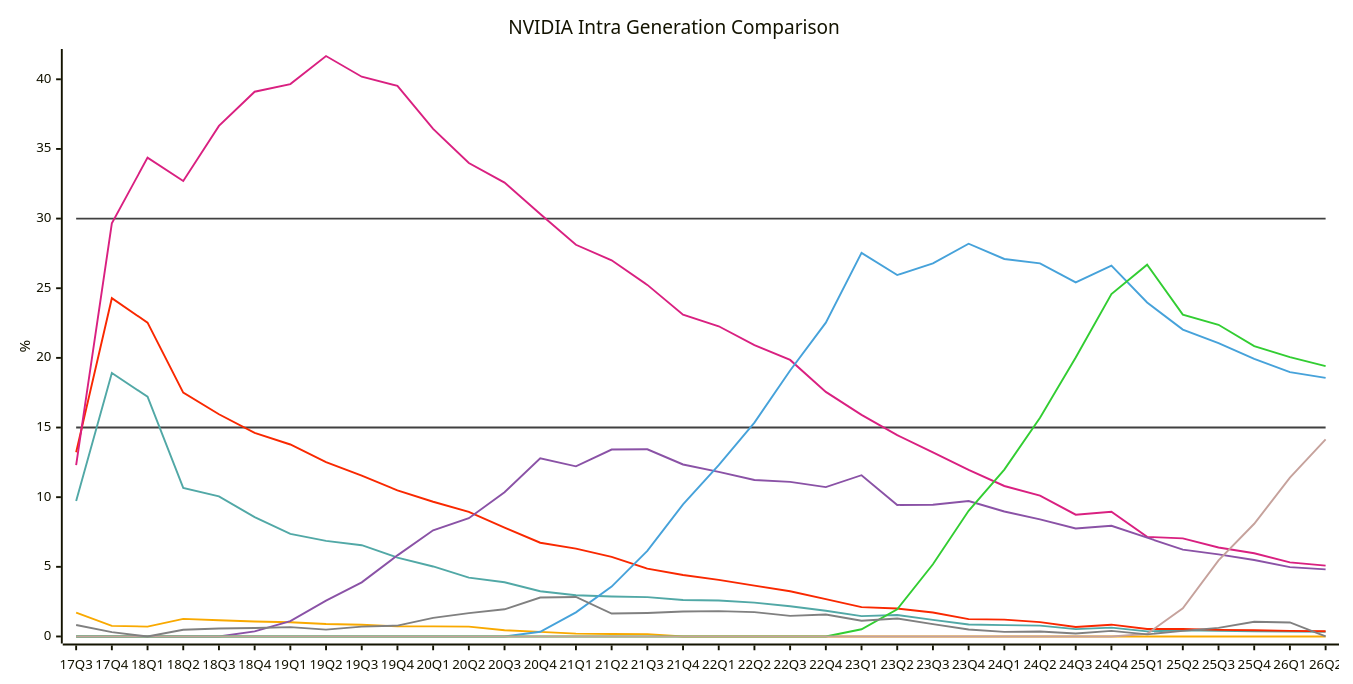
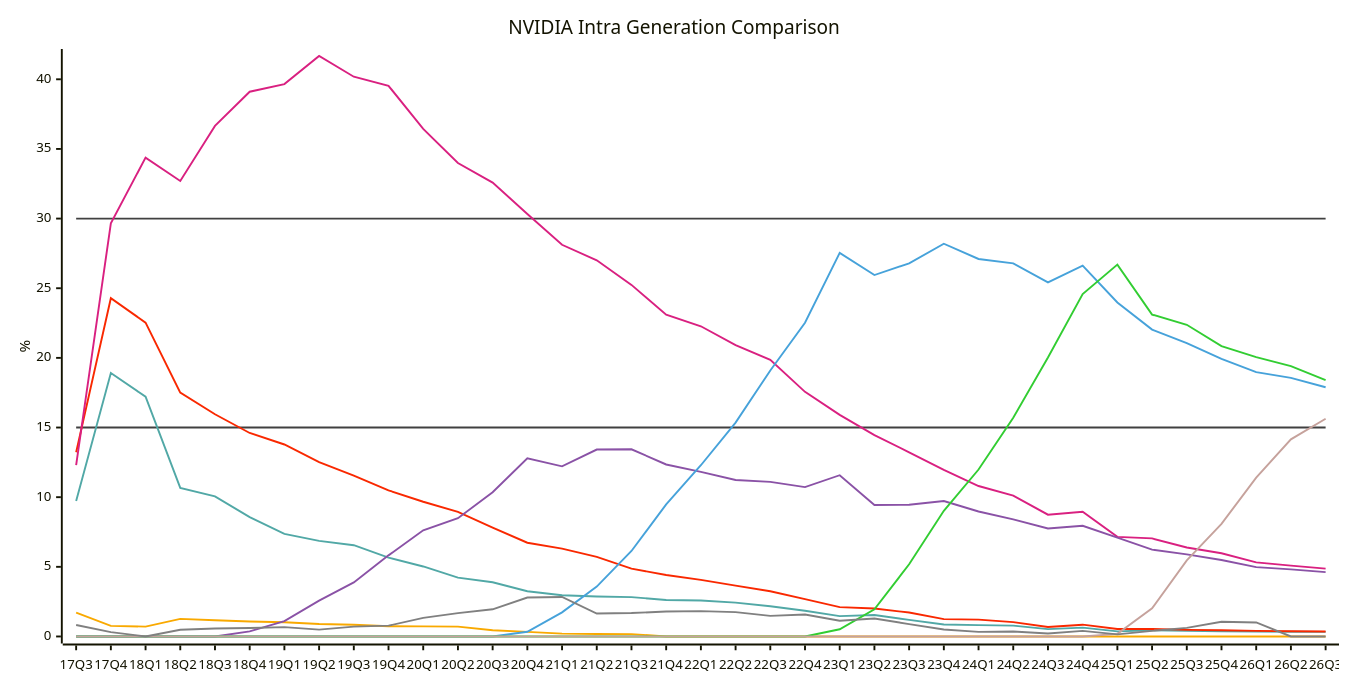
Before and after one commit to jdegene/steamHWsurvey: the second of 31 diagrams in README.md, drawn with Mermaid. The commit also changed other lines of this file and 2 other files, not shown here.

````diff
--- a/README.md
+++ b/README.md
@@ -116,29 +116,29 @@
 ```mermaid
 ---
 config:
     xyChart:
         width: 1400
         height: 700
         
     themeVariables:
         xyChart:
             plotColorPalette: "#404040,#404040,#51a8a6,#f9a900,#f92800,#d92080,#8a52a6,#46a2da,#32CD32,#c6a29c,#808080"
 
 --- 
 
 xychart-beta
     title "NVIDIA Intra Generation Comparison"
-    x-axis [17Q3, 17Q4, 18Q1, 18Q2, 18Q3, 18Q4, 19Q1, 19Q2, 19Q3, 19Q4, 20Q1, 20Q2, 20Q3, 20Q4, 21Q1, 21Q2, 21Q3, 21Q4, 22Q1, 22Q2, 22Q3, 22Q4, 23Q1, 23Q2, 23Q3, 23Q4, 24Q1, 24Q2, 24Q3, 24Q4, 25Q1, 25Q2, 25Q3, 25Q4, 26Q1, 26Q2]
+    x-axis [17Q3, 17Q4, 18Q1, 18Q2, 18Q3, 18Q4, 19Q1, 19Q2, 19Q3, 19Q4, 20Q1, 20Q2, 20Q3, 20Q4, 21Q1, 21Q2, 21Q3, 21Q4, 22Q1, 22Q2, 22Q3, 22Q4, 23Q1, 23Q2, 23Q3, 23Q4, 24Q1, 24Q2, 24Q3, 24Q4, 25Q1, 25Q2, 25Q3, 25Q4, 26Q1, 26Q2, 26Q3]
     y-axis "%" 
- line [15, 15, 15, 15, 15, 15, 15, 15, 15, 15, 15, 15, 15, 15, 15, 15, 15, 15, 15, 15, 15, 15, 15, 15, 15, 15, 15, 15, 15, 15, 15, 15, 15, 15, 15, 15]
- line [30, 30, 30, 30, 30, 30, 30, 30, 30, 30, 30, 30, 30, 30, 30, 30, 30, 30, 30, 30, 30, 30, 30, 30, 30, 30, 30, 30, 30, 30, 30, 30, 30, 30, 30, 30]
-    line [9.725, 18.91, 17.213333333333335, 10.666666666666668, 10.056666666666668, 8.57, 7.359999999999999, 6.866666666666667, 6.553333333333333, 5.663333333333333, 5.026666666666666, 4.22, 3.8899999999999997, 3.2466666666666666, 2.9633333333333334, 2.8666666666666663, 2.8233333333333333, 2.62, 2.5866666666666664, 2.4266666666666667, 2.17, 1.8433333333333333, 1.4633333333333332, 1.5366666666666666, 1.1933333333333331, 0.8633333333333333, 0.8133333333333335, 0.78, 0.5266666666666667, 0.6366666666666666, 0.36666666666666664, 0.44333333333333336, 0.4, 0.36666666666666664, 0.345, 0.34]
-    line [1.71, 0.76, 0.71, 1.26, 1.1633333333333333, 1.0799999999999998, 1.0233333333333332, 0.8966666666666666, 0.8433333333333333, 0.73, 0.7266666666666667, 0.71, 0.44333333333333336, 0.32666666666666666, 0.20666666666666667, 0.18000000000000002, 0.16999999999999998, 0, 0, 0, 0, 0, 0, 0, 0, 0, 0, 0, 0, 0, 0, 0, 0, 0, 0, 0]
-    line [13.23, 24.286666666666665, 22.529999999999998, 17.503333333333334, 15.953333333333333, 14.610000000000001, 13.783333333333333, 12.520000000000001, 11.553333333333333, 10.489999999999998, 9.670000000000002, 8.946666666666667, 7.816666666666666, 6.7299999999999995, 6.303333333333333, 5.716666666666667, 4.866666666666667, 4.416666666666667, 4.066666666666666, 3.6533333333333333, 3.2433333333333336, 2.6833333333333336, 2.106666666666667, 2.0033333333333334, 1.7166666666666668, 1.2466666666666668, 1.21, 1.0333333333333332, 0.6766666666666666, 0.8466666666666666, 0.5366666666666666, 0.5466666666666667, 0.4766666666666666, 0.44999999999999996, 0.4, 0.37333333333333335]
-    line [12.305, 29.66333333333333, 34.37333333333333, 32.7, 36.653333333333336, 39.10666666666667, 39.656666666666666, 41.67, 40.18333333333333, 39.53333333333333, 36.43666666666667, 33.989999999999995, 32.583333333333336, 30.330000000000002, 28.12, 27.006666666666668, 25.240000000000002, 23.096666666666664, 22.27, 20.92, 19.85333333333333, 17.56, 15.906666666666666, 14.453333333333331, 13.223333333333331, 11.966666666666665, 10.803333333333333, 10.110000000000001, 8.743333333333332, 8.949999999999998, 7.1499999999999995, 7.04, 6.386666666666667, 5.973333333333334, 5.323333333333333, 5.0833333333333295]
-    line [0, 0, 0, 0, 0, 0.37, 1.1033333333333333, 2.5700000000000003, 3.883333333333333, 5.823333333333333, 7.62, 8.493333333333334, 10.353333333333332, 12.796666666666667, 12.213333333333333, 13.420000000000002, 13.44, 12.346666666666668, 11.820000000000002, 11.236666666666666, 11.096666666666666, 10.72, 11.576666666666668, 9.443333333333333, 9.453333333333331, 9.726666666666667, 8.973333333333333, 8.406666666666666, 7.75, 7.9433333333333325, 7.090000000000001, 6.23, 5.8933333333333335, 5.486666666666666, 4.976666666666666, 4.8199999999999905]
-    line [0, 0, 0, 0, 0, 0, 0, 0, 0, 0, 0, 0, 0, 0.33499999999999996, 1.73, 3.58, 6.140000000000001, 9.483333333333333, 12.293333333333333, 15.356666666666666, 19.096666666666664, 22.526666666666664, 27.540000000000003, 25.94666666666667, 26.78333333333333, 28.196666666666665, 27.099999999999998, 26.78333333333333, 25.416666666666664, 26.626666666666665, 23.976666666666667, 22.03, 21.063333333333333, 19.933333333333334, 18.974999999999994, 18.563333333333322]
-    line [0, 0, 0, 0, 0, 0, 0, 0, 0, 0, 0, 0, 0, 0, 0, 0, 0, 0, 0, 0, 0, 0, 0.52, 1.95, 5.183333333333334, 9.023333333333333, 11.983333333333334, 15.706666666666665, 20.026666666666667, 24.583333333333336, 26.693333333333335, 23.11, 22.376666666666665, 20.84, 20.058333333333323, 19.406666666666652]
-    line [0, 0, 0, 0, 0, 0, 0, 0, 0, 0, 0, 0, 0, 0, 0, 0, 0, 0, 0, 0, 0, 0, 0, 0, 0, 0, 0, 0, 0, 0, 0.19, 2.0233333333333334, 5.463333333333334, 8.09, 11.408333333333324, 14.15333333333331]
-    line [0.8199999999999998, 0.31000000000000005, 0, 0.48, 0.5700000000000001, 0.6133333333333334, 0.67, 0.49000000000000005, 0.71, 0.7766666666666667, 1.3333333333333335, 1.6733333333333333, 1.95, 2.796666666666667, 2.833333333333333, 1.6500000000000001, 1.6833333333333331, 1.7933333333333332, 1.8233333333333335, 1.7466666666666668, 1.4766666666666666, 1.5733333333333335, 1.1266666666666667, 1.2933333333333332, 0.8833333333333334, 0.5050000000000001, 0.32666666666666666, 0.35666666666666674, 0.21, 0.4, 0.15, 0.4, 0.6166666666666667, 1.06, 1.005, 0]
+ line [15, 15, 15, 15, 15, 15, 15, 15, 15, 15, 15, 15, 15, 15, 15, 15, 15, 15, 15, 15, 15, 15, 15, 15, 15, 15, 15, 15, 15, 15, 15, 15, 15, 15, 15, 15, 15]
+ line [30, 30, 30, 30, 30, 30, 30, 30, 30, 30, 30, 30, 30, 30, 30, 30, 30, 30, 30, 30, 30, 30, 30, 30, 30, 30, 30, 30, 30, 30, 30, 30, 30, 30, 30, 30, 30]
+    line [9.725, 18.91, 17.213333333333335, 10.666666666666668, 10.056666666666668, 8.57, 7.359999999999999, 6.866666666666667, 6.553333333333333, 5.663333333333333, 5.026666666666666, 4.22, 3.8899999999999997, 3.2466666666666666, 2.9633333333333334, 2.8666666666666663, 2.8233333333333333, 2.62, 2.5866666666666664, 2.4266666666666667, 2.17, 1.8433333333333333, 1.4633333333333332, 1.5366666666666666, 1.1933333333333331, 0.8633333333333333, 0.8133333333333335, 0.78, 0.5266666666666667, 0.6366666666666666, 0.36666666666666664, 0.44333333333333336, 0.4, 0.36666666666666664, 0.345, 0.34, 0.33]
+    line [1.71, 0.76, 0.71, 1.26, 1.1633333333333333, 1.0799999999999998, 1.0233333333333332, 0.8966666666666666, 0.8433333333333333, 0.73, 0.7266666666666667, 0.71, 0.44333333333333336, 0.32666666666666666, 0.20666666666666667, 0.18000000000000002, 0.16999999999999998, 0, 0, 0, 0, 0, 0, 0, 0, 0, 0, 0, 0, 0, 0, 0, 0, 0, 0, 0, 0]
+    line [13.23, 24.28666666666667, 22.529999999999998, 17.503333333333334, 15.953333333333333, 14.610000000000001, 13.783333333333333, 12.520000000000001, 11.553333333333333, 10.489999999999998, 9.670000000000002, 8.946666666666667, 7.816666666666666, 6.7299999999999995, 6.303333333333333, 5.716666666666667, 4.866666666666667, 4.416666666666667, 4.066666666666666, 3.6533333333333333, 3.2433333333333336, 2.6833333333333336, 2.106666666666667, 2.0033333333333334, 1.7166666666666668, 1.2466666666666668, 1.21, 1.0333333333333332, 0.6766666666666666, 0.8466666666666666, 0.5366666666666666, 0.5466666666666667, 0.4766666666666666, 0.44999999999999996, 0.4, 0.37333333333333335, 0.36]
+    line [12.305, 29.66333333333333, 34.37333333333333, 32.7, 36.653333333333336, 39.10666666666667, 39.656666666666666, 41.67, 40.18333333333333, 39.53333333333333, 36.43666666666667, 33.989999999999995, 32.583333333333336, 30.330000000000002, 28.12, 27.006666666666668, 25.240000000000002, 23.096666666666664, 22.27, 20.92, 19.853333333333335, 17.56, 15.906666666666666, 14.453333333333331, 13.223333333333331, 11.966666666666665, 10.803333333333333, 10.110000000000001, 8.743333333333332, 8.949999999999998, 7.1499999999999995, 7.04, 6.386666666666667, 5.973333333333334, 5.323333333333333, 5.0833333333333295, 4.8699999999999894]
+    line [0, 0, 0, 0, 0, 0.37, 1.1033333333333333, 2.5700000000000003, 3.883333333333333, 5.823333333333333, 7.62, 8.493333333333334, 10.353333333333332, 12.796666666666667, 12.213333333333333, 13.420000000000002, 13.44, 12.346666666666668, 11.820000000000002, 11.236666666666666, 11.096666666666666, 10.72, 11.576666666666668, 9.443333333333333, 9.453333333333331, 9.726666666666667, 8.973333333333333, 8.406666666666666, 7.75, 7.9433333333333325, 7.090000000000001, 6.23, 5.8933333333333335, 5.486666666666666, 4.976666666666666, 4.8199999999999905, 4.619999999999981]
+    line [0, 0, 0, 0, 0, 0, 0, 0, 0, 0, 0, 0, 0, 0.33499999999999996, 1.73, 3.58, 6.140000000000001, 9.483333333333333, 12.293333333333333, 15.356666666666666, 19.096666666666664, 22.526666666666664, 27.540000000000003, 25.94666666666667, 26.78333333333333, 28.196666666666665, 27.099999999999998, 26.78333333333333, 25.416666666666664, 26.626666666666665, 23.976666666666667, 22.03, 21.063333333333333, 19.933333333333334, 18.974999999999994, 18.563333333333322, 17.88999999999999]
+    line [0, 0, 0, 0, 0, 0, 0, 0, 0, 0, 0, 0, 0, 0, 0, 0, 0, 0, 0, 0, 0, 0, 0.52, 1.95, 5.183333333333334, 9.023333333333333, 11.983333333333334, 15.706666666666665, 20.026666666666667, 24.583333333333336, 26.693333333333335, 23.11, 22.376666666666665, 20.84, 20.058333333333323, 19.406666666666652, 18.40999999999998]
+    line [0, 0, 0, 0, 0, 0, 0, 0, 0, 0, 0, 0, 0, 0, 0, 0, 0, 0, 0, 0, 0, 0, 0, 0, 0, 0, 0, 0, 0, 0, 0.19, 2.0233333333333334, 5.463333333333334, 8.09, 11.408333333333324, 14.15333333333331, 15.629999999999969]
+    line [0.8199999999999998, 0.31000000000000005, 0, 0.48, 0.5700000000000001, 0.6133333333333334, 0.67, 0.49000000000000005, 0.71, 0.7766666666666667, 1.3333333333333335, 1.6733333333333333, 1.95, 2.796666666666667, 2.833333333333333, 1.6500000000000001, 1.6833333333333336, 1.7933333333333332, 1.8233333333333335, 1.7466666666666668, 1.4766666666666666, 1.5733333333333335, 1.1266666666666667, 1.2933333333333332, 0.8833333333333334, 0.5050000000000001, 0.32666666666666666, 0.35666666666666674, 0.21, 0.4, 0.15, 0.4, 0.6166666666666667, 1.06, 1.005, 0, 0]
 ``` 
````
